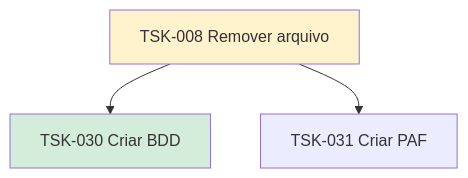
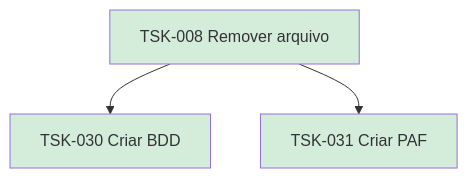
One commit to laerciogermano/workstation changed the diagram in flow/tasks/TSK-001-criar-epico/TSK-002-criar-as-historias/TSK-003-explorar/TSK-008-remover-arquivo/README.md. Above: the diagram before and after it, drawn with Mermaid. The commit also changed other lines of this file and 21 other files, not shown here.

````diff
--- a/flow/tasks/TSK-001-criar-epico/TSK-002-criar-as-historias/TSK-003-explorar/TSK-008-remover-arquivo/README.md
+++ b/flow/tasks/TSK-001-criar-epico/TSK-002-criar-as-historias/TSK-003-explorar/TSK-008-remover-arquivo/README.md
@@ -12,10 +12,11 @@
 ```mermaid
 flowchart TD
   T008[TSK-008 Remover arquivo]
   T030[TSK-030 Criar BDD]
   T031[TSK-031 Criar PAF]
   T008 --> T030
   T008 --> T031
-  style T008 fill:#fff3cd
+  style T008 fill:#d4edda
   style T030 fill:#d4edda
+  style T031 fill:#d4edda
 ```
````
